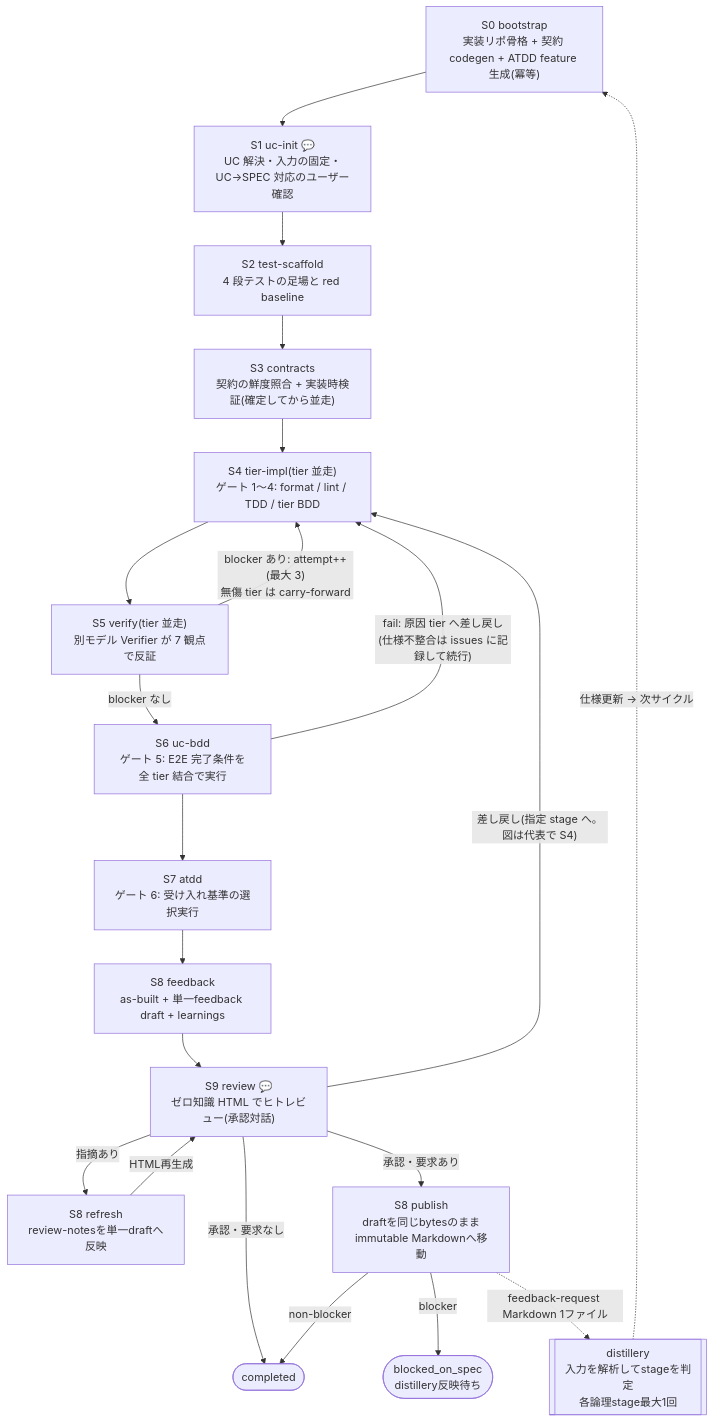
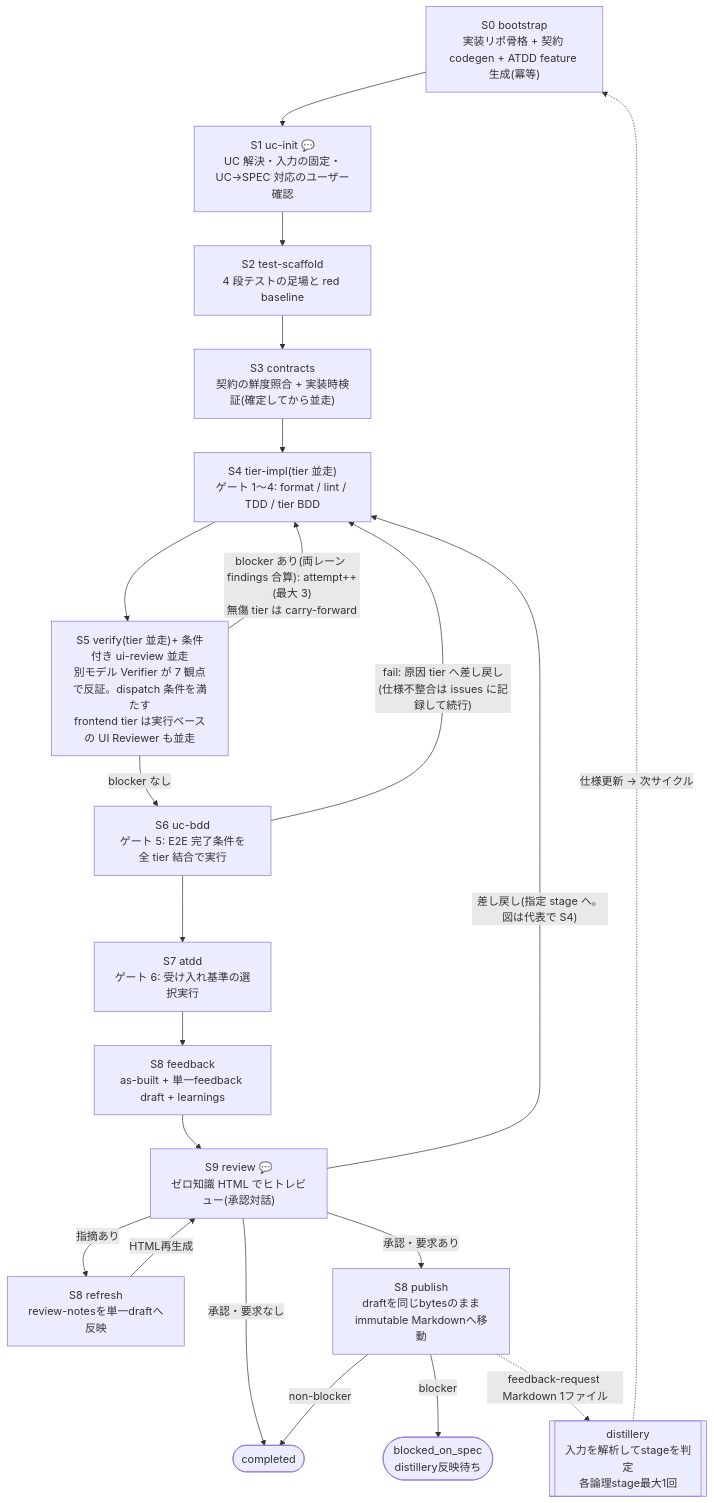
The diagram in plugins/distillery-impl/README.md (suwa-sh/suwa-sh-claude-plugins), drawn with Mermaid before and after one commit. The commit also changed other lines of this file and 45 other files, not shown here.

````diff
--- a/plugins/distillery-impl/README.md
+++ b/plugins/distillery-impl/README.md
@@ -25,33 +32,33 @@
 ```mermaid
 flowchart TD
     S0["S0 bootstrap<br/>実装リポ骨格 + 契約 codegen + ATDD feature 生成(冪等)"]
     S1["S1 uc-init 💬<br/>UC 解決・入力の固定・UC→SPEC 対応のユーザー確認"]
     S2["S2 test-scaffold<br/>4 段テストの足場と red baseline"]
     S3["S3 contracts<br/>契約の鮮度照合 + 実装時検証(確定してから並走)"]
     S4["S4 tier-impl(tier 並走)<br/>ゲート 1〜4: format / lint / TDD / tier BDD"]
-    S5["S5 verify(tier 並走)<br/>別モデル Verifier が 7 観点で反証"]
+    S5["S5 verify(tier 並走)+ 条件付き ui-review 並走<br/>別モデル Verifier が 7 観点で反証。dispatch 条件を満たす<br/>frontend tier は実行ベースの UI Reviewer も並走"]
     S6["S6 uc-bdd<br/>ゲート 5: E2E 完了条件を全 tier 結合で実行"]
     S7["S7 atdd<br/>ゲート 6: 受け入れ基準の選択実行"]
     S8["S8 feedback<br/>as-built + 単一feedback draft + learnings"]
     S9["S9 review 💬<br/>ゼロ知識 HTML でヒトレビュー(承認対話)"]
     REFRESH["S8 refresh<br/>review-notesを単一draftへ反映"]
     PUBLISH["S8 publish<br/>draftを同じbytesのまま<br/>immutable Markdownへ移動"]
     DONE(["completed"])
     BLOCKED(["blocked_on_spec<br/>distillery反映待ち"])
     DIST[["distillery<br/>入力を解析してstageを判定<br/>各論理stage最大1回"]]
 
     S0 --> S1 --> S2 --> S3 --> S4 --> S5
-    S5 -->|"blocker あり: attempt++(最大 3)<br/>無傷 tier は carry-forward"| S4
+    S5 -->|"blocker あり(両レーン findings 合算): attempt++(最大 3)<br/>無傷 tier は carry-forward"| S4
     S5 -->|blocker なし| S6
     S6 -->|"fail: 原因 tier へ差し戻し<br/>(仕様不整合は issues に記録して続行)"| S4
     S6 --> S7 --> S8 --> S9
     S9 -->|"差し戻し(指定 stage へ。図は代表で S4)"| S4
     S9 -->|"承認・要求なし"| DONE
     S9 -->|"承認・要求あり"| PUBLISH
     S9 -->|"指摘あり"| REFRESH
     REFRESH -->|"HTML再生成"| S9
     PUBLISH -->|"non-blocker"| DONE
     PUBLISH -->|"blocker"| BLOCKED
     PUBLISH -.->|feedback-request Markdown 1ファイル| DIST
     DIST -.->|仕様更新 → 次サイクル| S0
 ```
````
